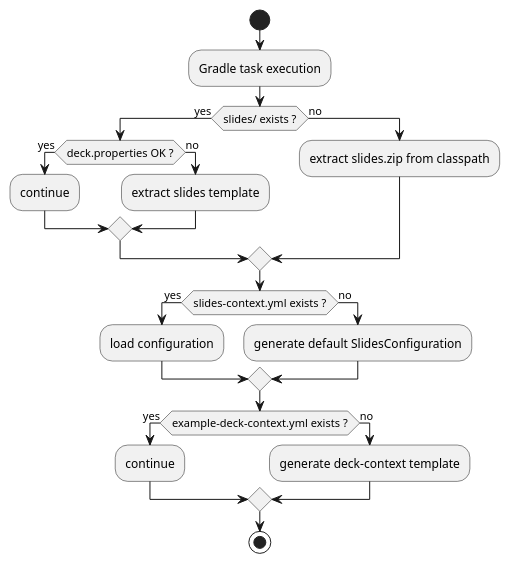
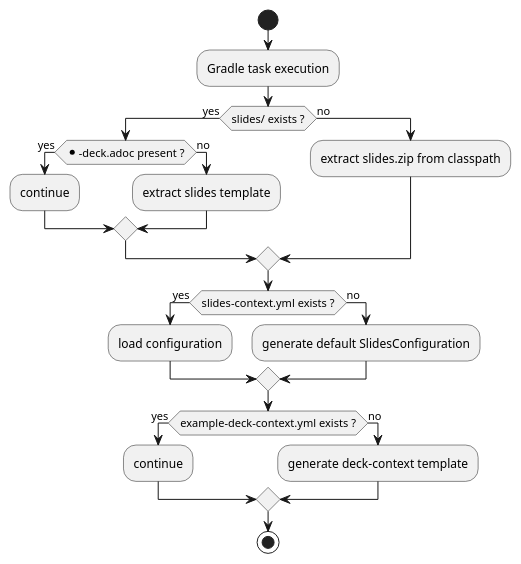
One commit to cheroliv/slider-gradle changed the fifth of 10 diagrams in README_plantuml.adoc. Above: the diagram before and after it, drawn with PlantUML. The commit also changed other lines of this file and 24 other files, not shown here.

Commit message:
📝 chore(README_plantuml.adoc): update slides requirements and remove deck.properties for better clarity and consistency

```diff
--- a/README_plantuml.adoc
+++ b/README_plantuml.adoc
@@ -259,30 +258,30 @@
 [plantuml]
 ....
 @startuml
 start
 :Gradle task execution;
 
 if (slides/ exists ?) then (yes)
-  if (deck.properties OK ?) then (yes)
+  if (*-deck.adoc present ?) then (yes)
     :continue;
   else (no)
     :extract slides template;
   endif
 else (no)
   :extract slides.zip from classpath;
 endif
 
 if (slides-context.yml exists ?) then (yes)
   :load configuration;
 else (no)
   :generate default SlidesConfiguration;
 endif
 
 if (example-deck-context.yml exists ?) then (yes)
   :continue;
 else (no)
   :generate deck-context template;
 endif
 stop
 @enduml
 ....
```
